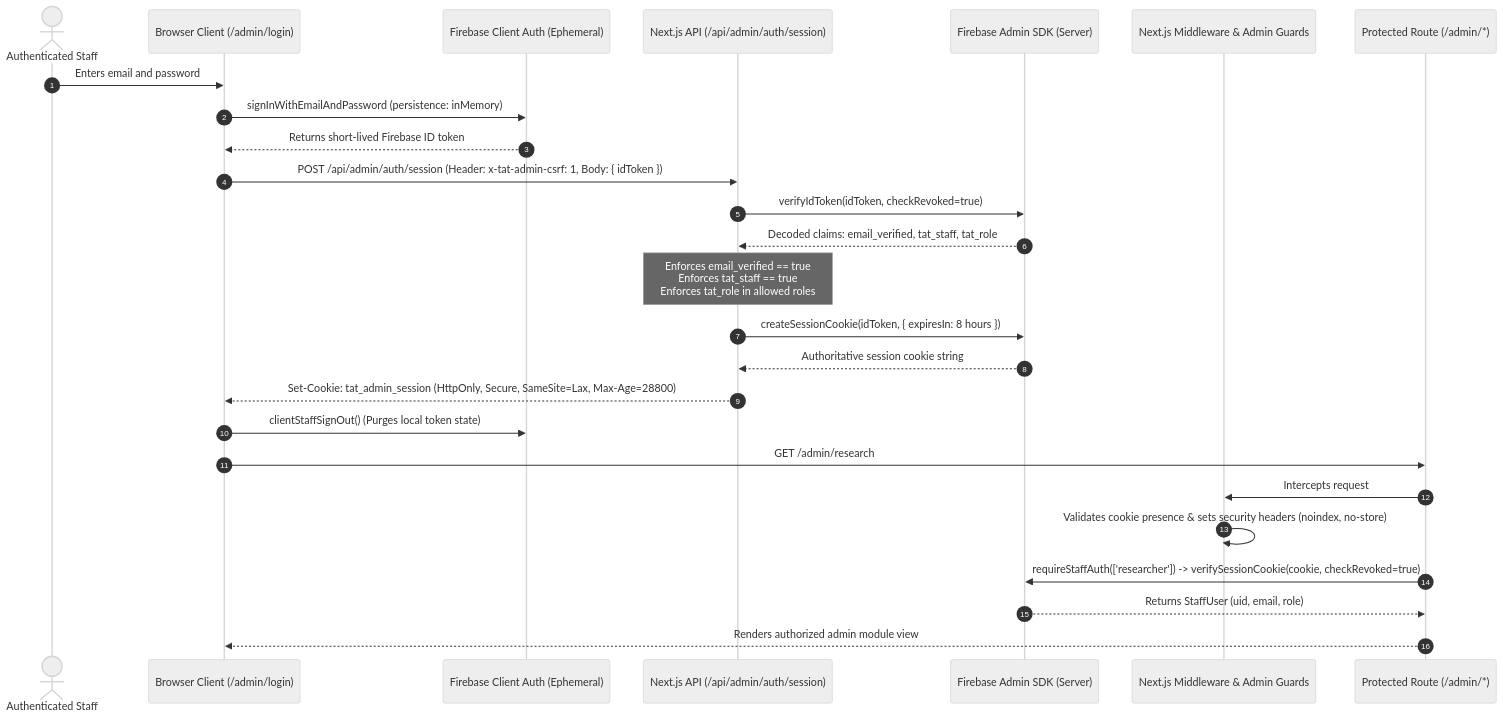
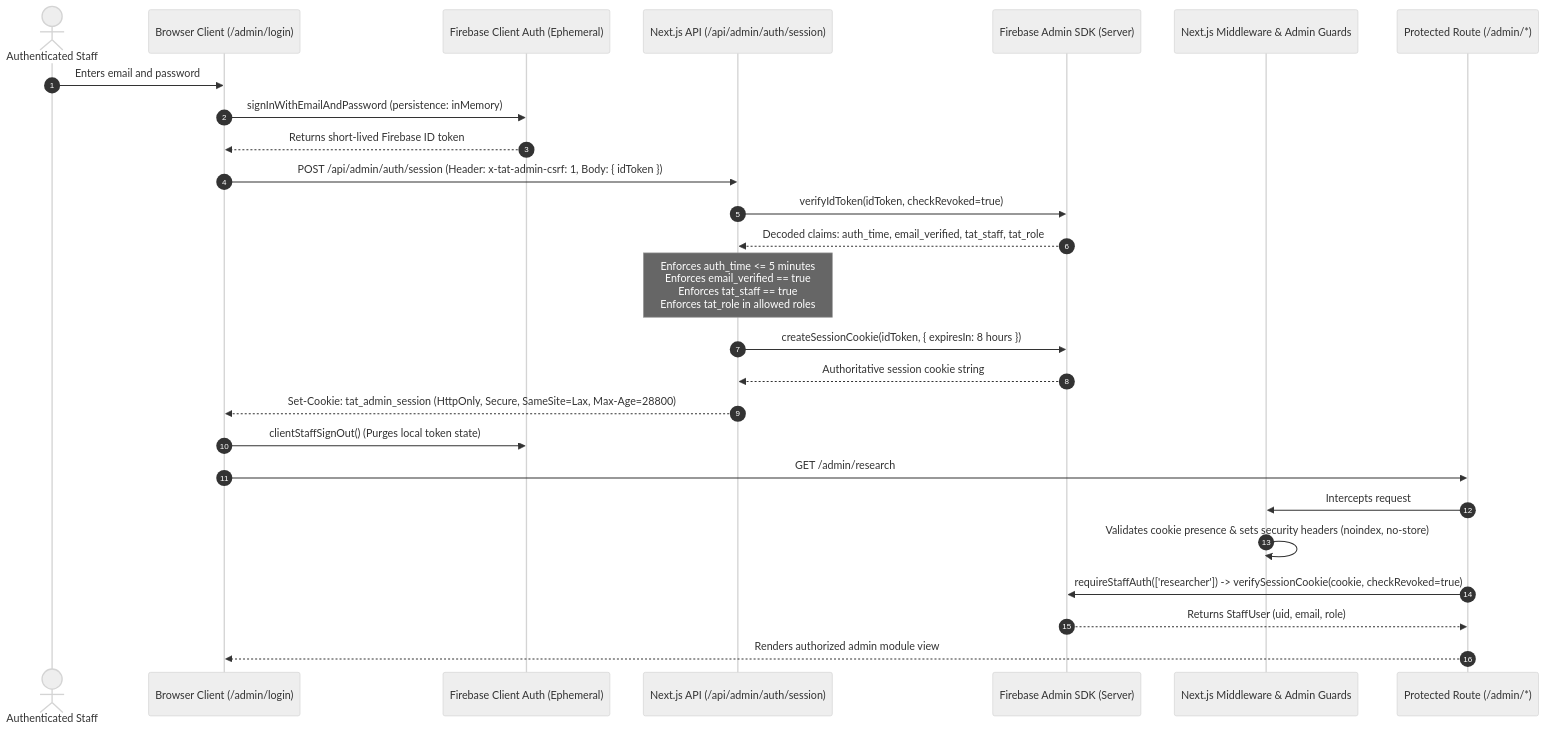
Before and after one commit to realisttechsolutions/TINUBU-ACHIEVEMENT-TRACKER: the diagram in docs/engineering/TAT_M10E_AUTH_ARCHITECTURE.md, drawn with Mermaid (neutral theme). The commit also changed other lines of this file and 3 other files, not shown here.

````diff
--- a/docs/engineering/TAT_M10E_AUTH_ARCHITECTURE.md
+++ b/docs/engineering/TAT_M10E_AUTH_ARCHITECTURE.md
@@ -18,29 +19,29 @@
 ```mermaid
 sequenceDiagram
     autonumber
     actor Staff as Authenticated Staff
     participant Browser as Browser Client (/admin/login)
     participant ClientSDK as Firebase Client Auth (Ephemeral)
     participant SessionAPI as Next.js API (/api/admin/auth/session)
     participant AdminSDK as Firebase Admin SDK (Server)
     participant Middleware as Next.js Middleware & Admin Guards
     participant TargetPage as Protected Route (/admin/*)
 
     Staff->>Browser: Enters email and password
     Browser->>ClientSDK: signInWithEmailAndPassword (persistence: inMemory)
     ClientSDK-->>Browser: Returns short-lived Firebase ID token
     Browser->>SessionAPI: POST /api/admin/auth/session (Header: x-tat-admin-csrf: 1, Body: { idToken })
     SessionAPI->>AdminSDK: verifyIdToken(idToken, checkRevoked=true)
-    AdminSDK-->>SessionAPI: Decoded claims: email_verified, tat_staff, tat_role
-    Note over SessionAPI: Enforces email_verified == true<br/>Enforces tat_staff == true<br/>Enforces tat_role in allowed roles
+    AdminSDK-->>SessionAPI: Decoded claims: auth_time, email_verified, tat_staff, tat_role
+    Note over SessionAPI: Enforces auth_time <= 5 minutes<br/>Enforces email_verified == true<br/>Enforces tat_staff == true<br/>Enforces tat_role in allowed roles
     SessionAPI->>AdminSDK: createSessionCookie(idToken, { expiresIn: 8 hours })
     AdminSDK-->>SessionAPI: Authoritative session cookie string
     SessionAPI-->>Browser: Set-Cookie: tat_admin_session (HttpOnly, Secure, SameSite=Lax, Max-Age=28800)
     Browser->>ClientSDK: clientStaffSignOut() (Purges local token state)
     Browser->>TargetPage: GET /admin/research
     TargetPage->>Middleware: Intercepts request
     Middleware->>Middleware: Validates cookie presence & sets security headers (noindex, no-store)
     TargetPage->>AdminSDK: requireStaffAuth(['researcher']) -> verifySessionCookie(cookie, checkRevoked=true)
     AdminSDK-->>TargetPage: Returns StaffUser (uid, email, role)
     TargetPage-->>Browser: Renders authorized admin module view
 ```
````
